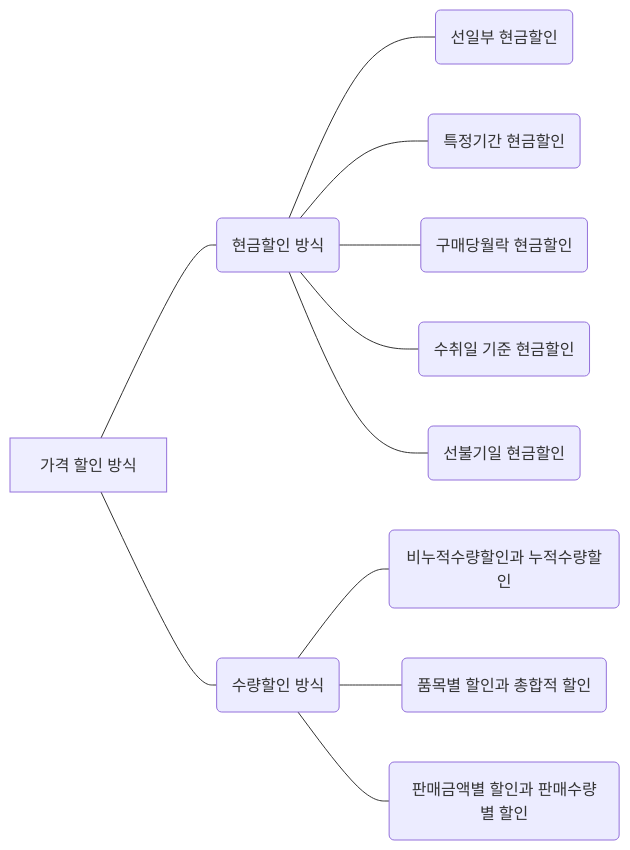
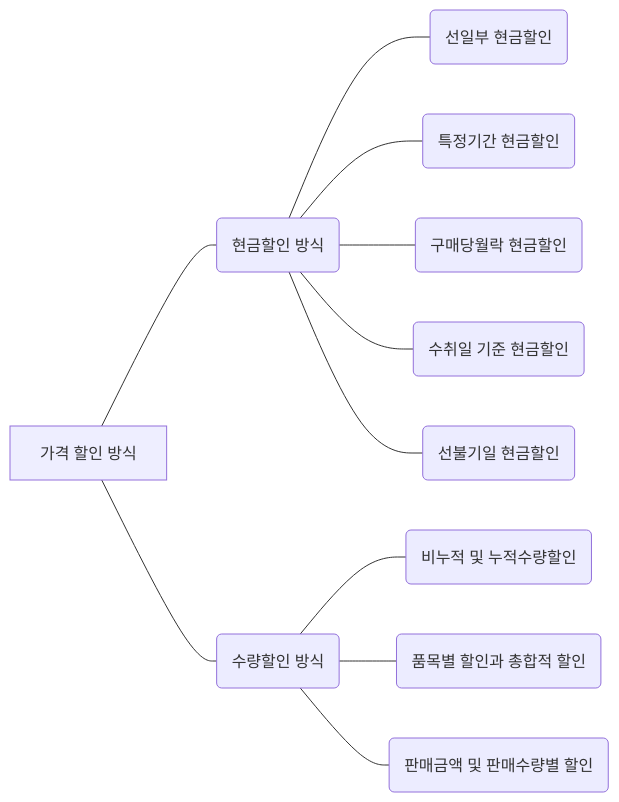
Before and after one commit to yeonkyupark/pepc2e: the fourth of 5 diagrams in 0103구매와외주전략.qmd, drawn with Mermaid. The commit also changed other lines of this file, not shown here.

````diff
--- a/0103구매와외주전략.qmd
+++ b/0103구매와외주전략.qmd
@@ -172,24 +182,24 @@
 ```{mermaid}
 %%| fig-cap: "가격 할인 방식"
 
 flowchart LR
-00["가격 할인 방식"]
-10("현금할인 방식")
-101("선일부 현금할인")
-102("특정기간 현금할인")
-103("구매당월락 현금할인")
-104("수취일 기준 현금할인")
-105("선불기일 현금할인")
+    00["가격 할인 방식"]
+    10("현금할인 방식")
+    101("선일부 현금할인")
+    102("특정기간 현금할인")
+    103("구매당월락 현금할인")
+    104("수취일 기준 현금할인")
+    105("선불기일 현금할인")
 
+    
+    20("수량할인 방식")
+    201("비누적 및 누적수량할인")
+    202("품목별 할인과 총합적 할인")
+    203("판매금액 및 판매수량별 할인")
 
-20("수량할인 방식")
-201("비누적수량할인과 누적수량할인")
-202("품목별 할인과 총합적 할인")
-203("판매금액별 할인과 판매수량별 할인")
-
-00 --- 10 & 20
-10 --- 101 & 102 & 103 & 104 & 105
-20 --- 201 & 202 & 203
+    00 --- 10 & 20
+    10 --- 101 & 102 & 103 & 104 & 105
+    20 --- 201 & 202 & 203
 
 style 00 fill:#eef 
 ```
````
